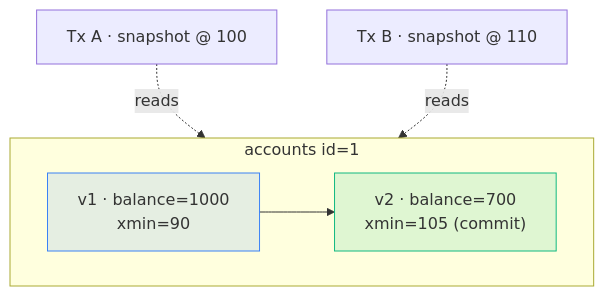
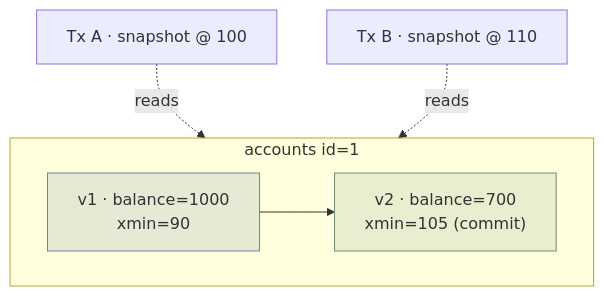
Before and after one commit to rxodhks/devlog: the second of 2 diagrams in content/posts/transaction-isolation.mdx, drawn with Mermaid. The commit also changed other lines of this file and 72 other files, not shown here.

````diff
--- a/content/posts/transaction-isolation.mdx
+++ b/content/posts/transaction-isolation.mdx
@@ -108,11 +109,11 @@
 ```mermaid title="MVCC — 트랜잭션마다 보는 버전이 다르다"
 flowchart TB
     subgraph Row["accounts id=1"]
       direction LR
       V1["v1 · balance=1000<br/>xmin=90"] --> V2["v2 · balance=700<br/>xmin=105 (commit)"]
     end
     TA["Tx A · snapshot @ 100"] -.reads.-> V1
     TB["Tx B · snapshot @ 110"] -.reads.-> V2
-    style V1 fill:#3B82F622,stroke:#3B82F6
-    style V2 fill:#10B98122,stroke:#10B981
+    style V1 fill:#7C95B033,stroke:#6A83A0
+    style V2 fill:#8FA89433,stroke:#6E8B73
 ```
````
